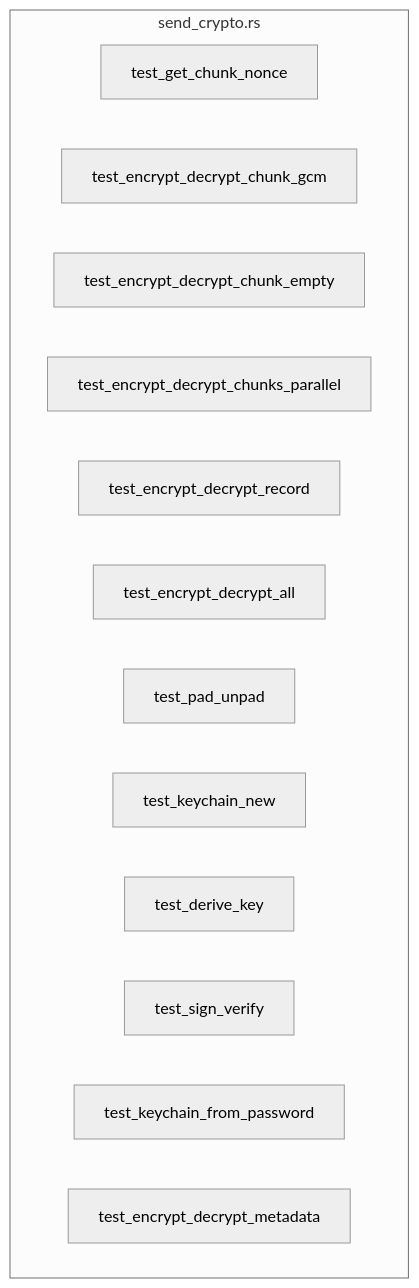
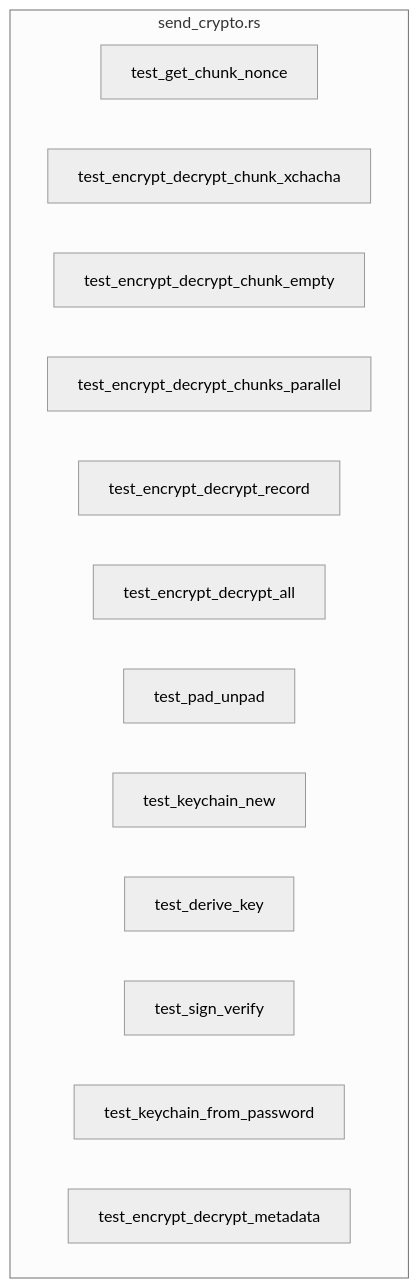
One commit to chithi-dev/chithi changed diagram 33 of 33 in apps/docs/crypto-architecture.md. Above: the diagram before and after it, drawn with Mermaid (neutral theme). The commit also changed other lines of this file, not shown here.

First line of the commit message:
docs: update crypto-architecture.md for XChaCha20-Poly1305 migration

````diff
--- a/apps/docs/crypto-architecture.md
+++ b/apps/docs/crypto-architecture.md
@@ -1131,17 +1014,17 @@
 ```mermaid
 graph TD
     subgraph send_crypto.rs
         T1[test_get_chunk_nonce]
-        T2[test_encrypt_decrypt_chunk_gcm]
+        T2[test_encrypt_decrypt_chunk_xchacha]
         T3[test_encrypt_decrypt_chunk_empty]
         T4[test_encrypt_decrypt_chunks_parallel]
         T5[test_encrypt_decrypt_record]
         T6[test_encrypt_decrypt_all]
         T7[test_pad_unpad]
         T8[test_keychain_new]
         T9[test_derive_key]
         T10[test_sign_verify]
         T11[test_keychain_from_password]
         T12[test_encrypt_decrypt_metadata]
     end
 ```
````
